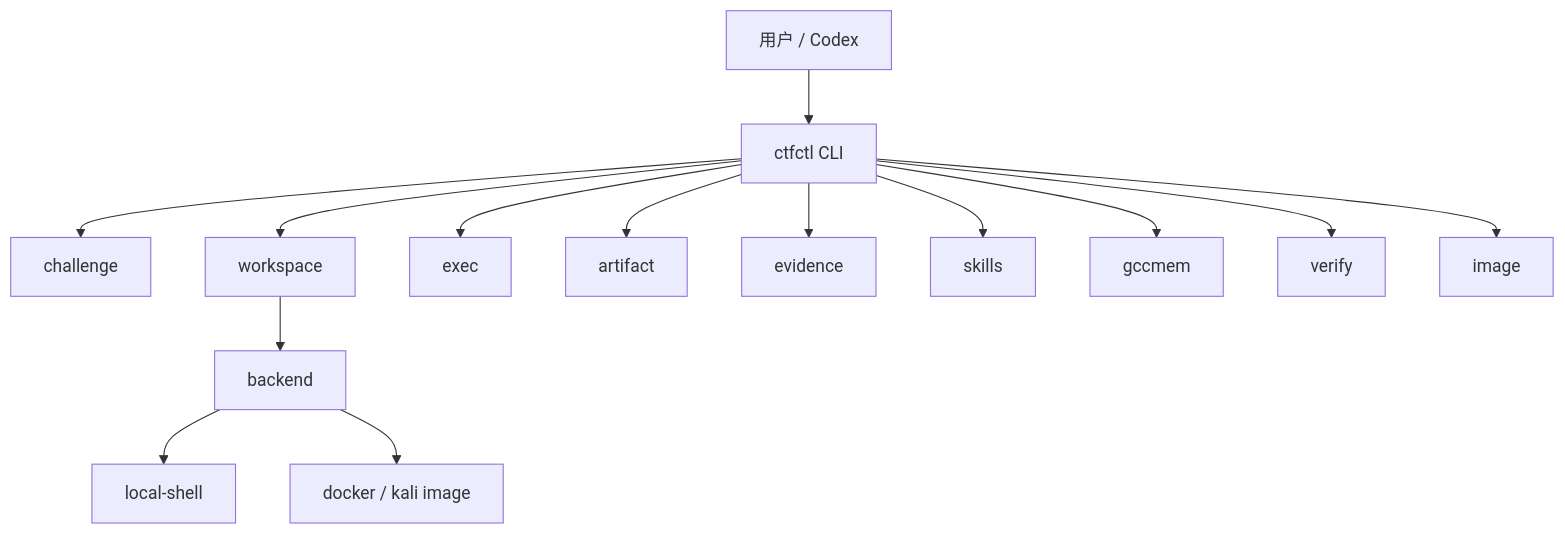
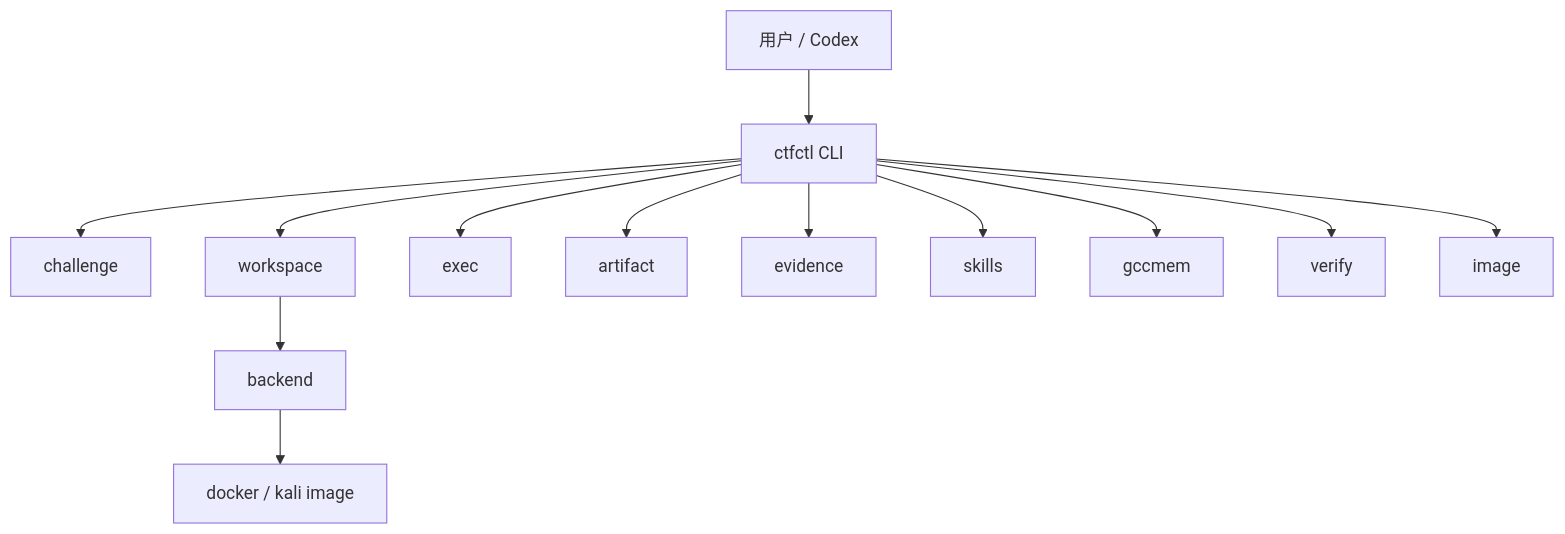
Before and after one commit to ZUENS2020/ctfctl: the first of 4 diagrams in README.md, drawn with Mermaid. The commit also changed other lines of this file and 16 other files, not shown here.

````diff
--- a/README.md
+++ b/README.md
@@ -15,17 +15,16 @@
 ```mermaid
 flowchart TD
     User["用户 / Codex"] --> CLI["ctfctl CLI"]
     CLI --> Challenge["challenge"]
     CLI --> Workspace["workspace"]
     CLI --> Exec["exec"]
     CLI --> Artifact["artifact"]
     CLI --> Evidence["evidence"]
     CLI --> Skills["skills"]
     CLI --> Memory["gccmem"]
     CLI --> Verify["verify"]
     CLI --> Image["image"]
 
     Workspace --> Backend["backend"]
-    Backend --> Local["local-shell"]
     Backend --> Docker["docker / kali image"]
 ```
````
